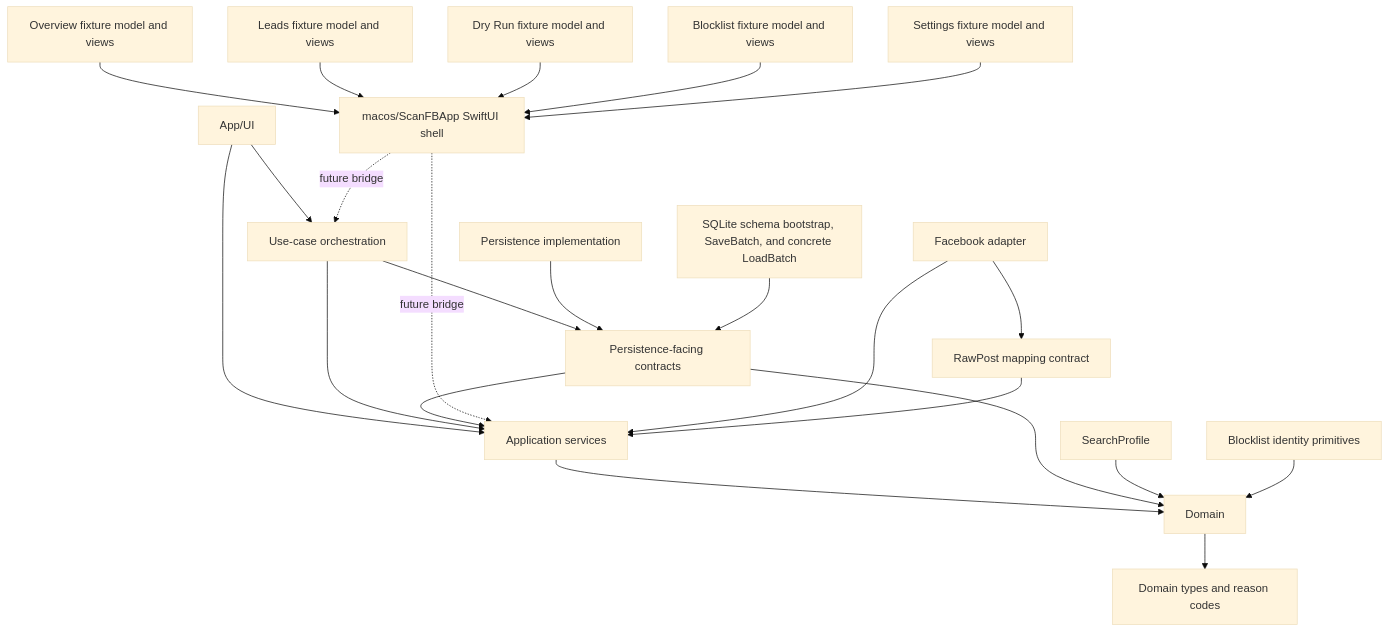
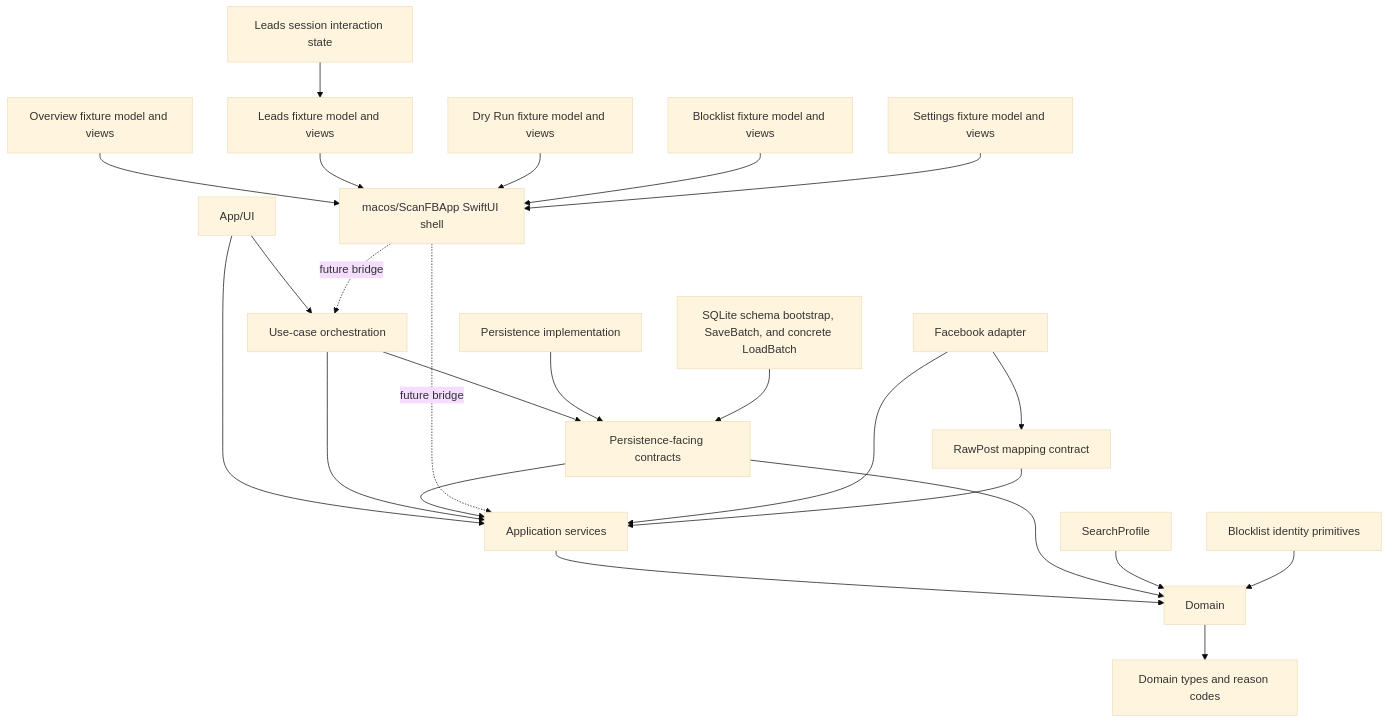
One commit to soleda2026/ScanFB changed the diagram in docs/CODE_GRAPH.md. Above: the diagram before and after it, drawn with Mermaid (base theme). The commit also changed other lines of this file and 10 other files, not shown here.

````diff
--- a/docs/CODE_GRAPH.md
+++ b/docs/CODE_GRAPH.md
@@ -7,25 +7,26 @@
 ```mermaid
 flowchart TD
     UI["App/UI"] --> APP["Application services"]
     UI --> ORCH["Use-case orchestration"]
     ORCH --> APP
     ORCH --> PERSIST_CONTRACT
     APP --> DOMAIN["Domain"]
     PERSIST_CONTRACT["Persistence-facing contracts"] --> APP
     PERSIST_CONTRACT --> DOMAIN
     PERSIST_IMPL["Persistence implementation"] --> PERSIST_CONTRACT
     SQLITE["SQLite schema bootstrap, SaveBatch, and concrete LoadBatch"] --> PERSIST_CONTRACT
     MACOS_APP["macos/ScanFBApp SwiftUI shell"] -.future bridge.-> ORCH
     MACOS_APP -.future bridge.-> APP
     OVERVIEW_FIXTURE["Overview fixture model and views"] --> MACOS_APP
     LEADS_FIXTURE["Leads fixture model and views"] --> MACOS_APP
+    LEADS_INTERACTION_STATE["Leads session interaction state"] --> LEADS_FIXTURE
     DRYRUN_FIXTURE["Dry Run fixture model and views"] --> MACOS_APP
     BLOCKLIST_FIXTURE["Blocklist fixture model and views"] --> MACOS_APP
     SETTINGS_FIXTURE["Settings fixture model and views"] --> MACOS_APP
     FB["Facebook adapter"] --> APP
     FB --> RAW["RawPost mapping contract"]
     RAW --> APP
     PROFILE["SearchProfile"] --> DOMAIN
     DOMAIN --> TYPES["Domain types and reason codes"]
     BLOCKLIST["Blocklist identity primitives"] --> DOMAIN
 ```
````
